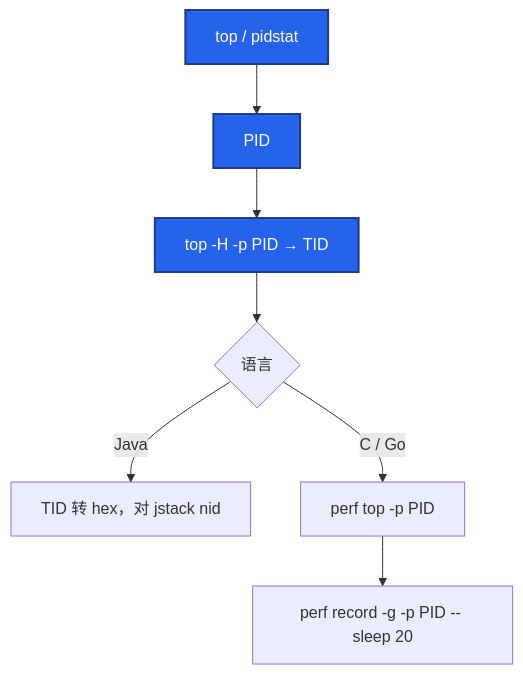
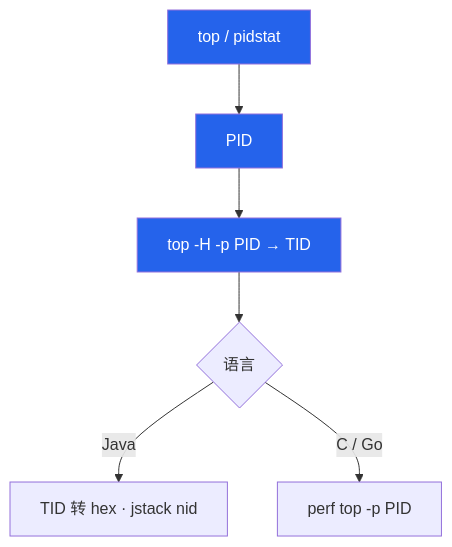
The fifth of 6 diagrams in 02-基础底座/03-CPU与Load/知识点.md (ml-cuizijun/LearnToLilith), drawn with Mermaid before and after one commit. The commit also changed other lines of this file and 213 other files, not shown here.

````diff
--- a/02-基础底座/03-CPU与Load/知识点.md
+++ b/02-基础底座/03-CPU与Load/知识点.md
@@ -351,12 +312,11 @@
 ```mermaid
 flowchart TB
     A[top / pidstat] --> B[PID]
     B --> C["top -H -p PID → TID"]
     C --> D{语言}
-    D -->|Java| E["TID 转 hex，对 jstack nid"]
+    D -->|Java| E["TID 转 hex · jstack nid"]
     D -->|C / Go| F["perf top -p PID"]
-    F --> G["perf record -g -p PID -- sleep 20"]
 
-    classDef a fill:#2563EB,stroke:#1E3A8A,stroke-width:2px,color:#fff
+    classDef a fill:#2563EB,color:#fff
     class A,B,C a
 ```
````
